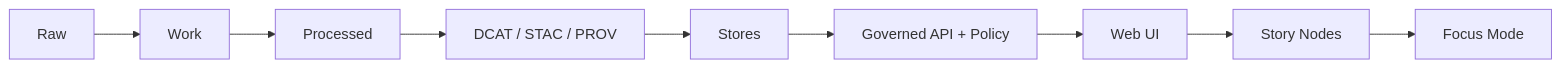
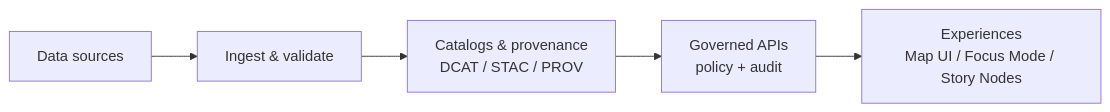
One commit to bartytime4life/Kansas-Frontier-Matrix changed the diagram in docs/README.md. Above: the diagram before and after it, drawn with Mermaid. The commit also changed other lines of this file, not shown here.

````diff
--- a/docs/README.md
+++ b/docs/README.md
@@ -686,10 +31,7 @@
 ```mermaid
 flowchart LR
-  Raw[Raw] --> Work[Work] --> Processed[Processed]
-  Processed --> Catalogs[DCAT / STAC / PROV]
-  Catalogs --> Stores[Stores]
-  Stores --> API[Governed API + Policy]
-  API --> UI[Web UI]
-  UI --> Stories[Story Nodes]
-  Stories --> Focus[Focus Mode]
+  A[Data sources] --> B[Ingest & validate]
+  B --> C[Catalogs & provenance<br/>DCAT / STAC / PROV]
+  C --> D[Governed APIs<br/>policy + audit]
+  D --> E[Experiences<br/>Map UI / Focus Mode / Story Nodes]
 ```
````
